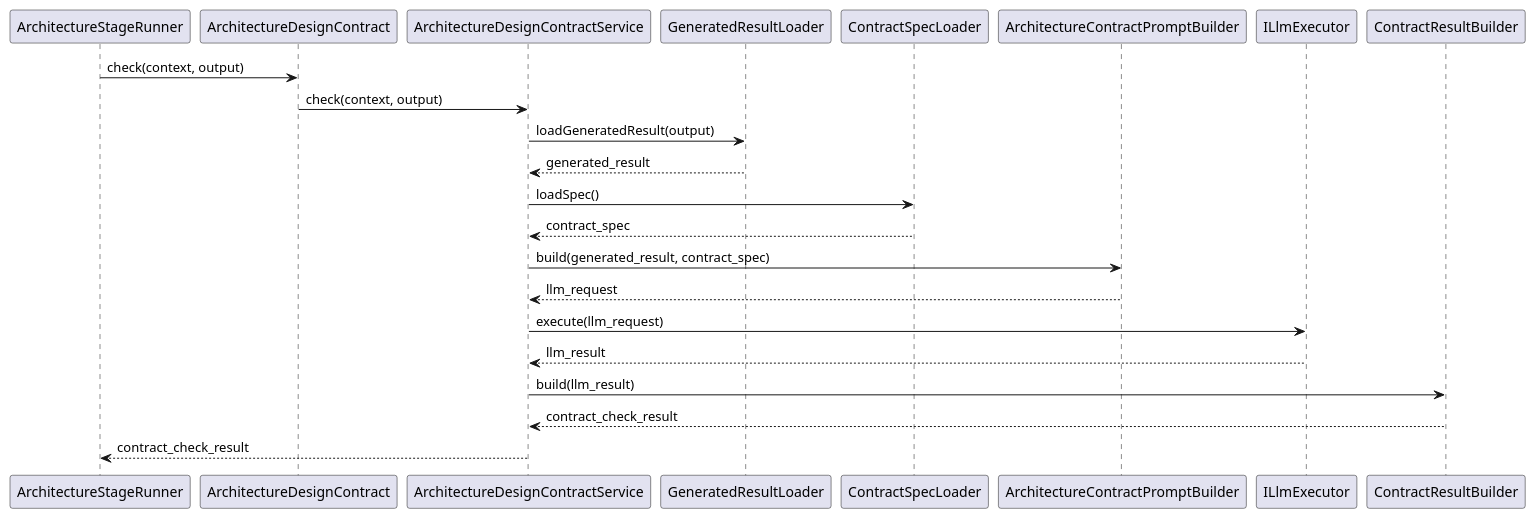
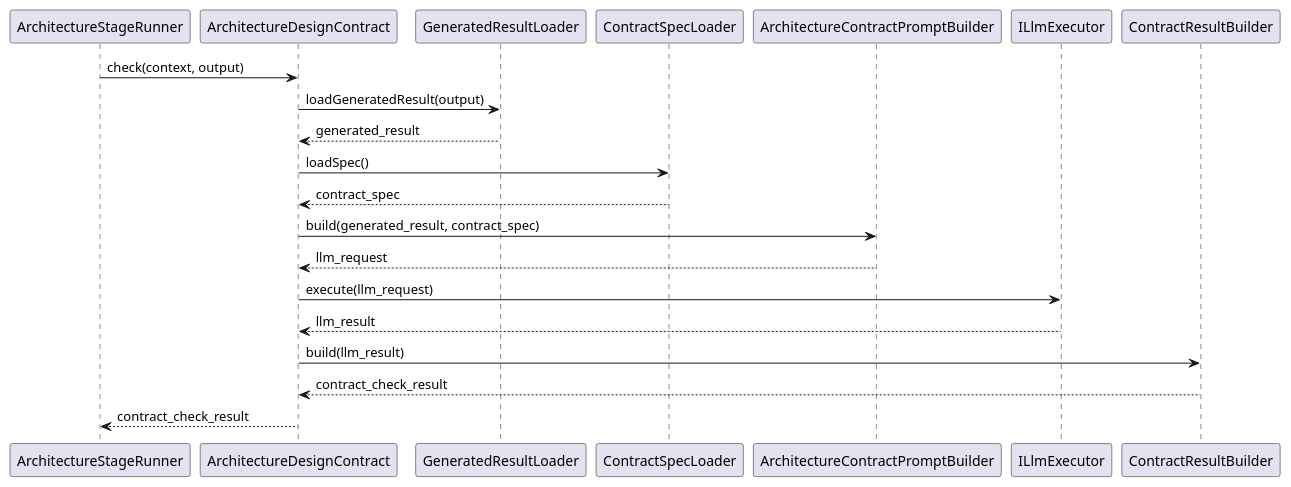
Before and after one commit to lucky-chen/ai_workflow_travel: the second of 2 diagrams in meta_layer/docs/design_docs/Contract/ArchitectureDesignContract.md, drawn with PlantUML. The commit also changed other lines of this file and 12 other files, not shown here.

First line of the commit message:
[AI] gpt-5.4: align stage pipeline document io flow

````diff
--- a/meta_layer/docs/design_docs/Contract/ArchitectureDesignContract.md
+++ b/meta_layer/docs/design_docs/Contract/ArchitectureDesignContract.md
@@ -89,26 +79,24 @@
 ```plantuml
 @startuml
 participant ArchitectureStageRunner
 participant ArchitectureDesignContract
-participant ArchitectureDesignContractService
 participant GeneratedResultLoader
 participant ContractSpecLoader
 participant ArchitectureContractPromptBuilder
 participant ILlmExecutor
 participant ContractResultBuilder
 
 ArchitectureStageRunner -> ArchitectureDesignContract: check(context, output)
-ArchitectureDesignContract -> ArchitectureDesignContractService: check(context, output)
-ArchitectureDesignContractService -> GeneratedResultLoader: loadGeneratedResult(output)
-GeneratedResultLoader --> ArchitectureDesignContractService: generated_result
-ArchitectureDesignContractService -> ContractSpecLoader: loadSpec()
-ContractSpecLoader --> ArchitectureDesignContractService: contract_spec
-ArchitectureDesignContractService -> ArchitectureContractPromptBuilder: build(generated_result, contract_spec)
-ArchitectureContractPromptBuilder --> ArchitectureDesignContractService: llm_request
-ArchitectureDesignContractService -> ILlmExecutor: execute(llm_request)
-ILlmExecutor --> ArchitectureDesignContractService: llm_result
-ArchitectureDesignContractService -> ContractResultBuilder: build(llm_result)
-ContractResultBuilder --> ArchitectureDesignContractService: contract_check_result
-ArchitectureDesignContractService --> ArchitectureStageRunner: contract_check_result
+ArchitectureDesignContract -> GeneratedResultLoader: loadGeneratedResult(output)
+GeneratedResultLoader --> ArchitectureDesignContract: generated_result
+ArchitectureDesignContract -> ContractSpecLoader: loadSpec()
+ContractSpecLoader --> ArchitectureDesignContract: contract_spec
+ArchitectureDesignContract -> ArchitectureContractPromptBuilder: build(generated_result, contract_spec)
+ArchitectureContractPromptBuilder --> ArchitectureDesignContract: llm_request
+ArchitectureDesignContract -> ILlmExecutor: execute(llm_request)
+ILlmExecutor --> ArchitectureDesignContract: llm_result
+ArchitectureDesignContract -> ContractResultBuilder: build(llm_result)
+ContractResultBuilder --> ArchitectureDesignContract: contract_check_result
+ArchitectureDesignContract --> ArchitectureStageRunner: contract_check_result
 @enduml
 ```
````
